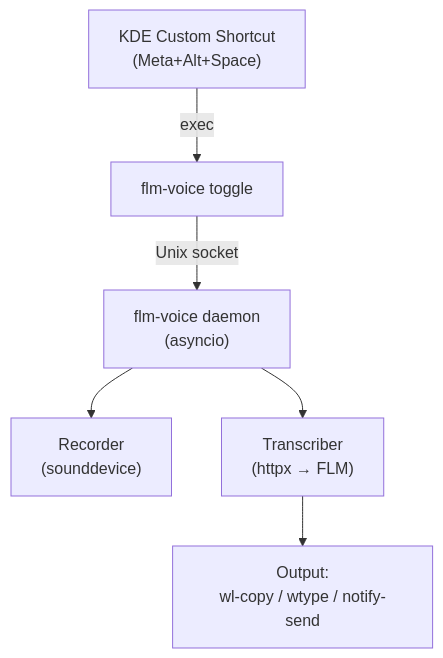
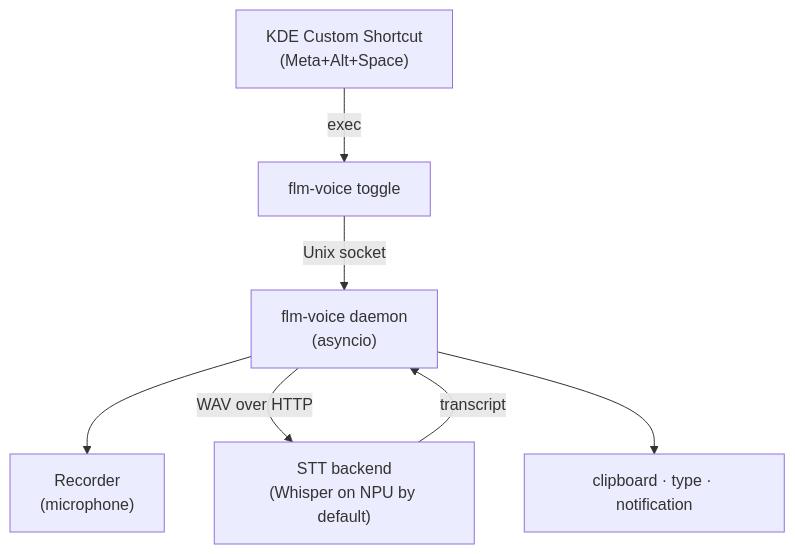
One commit to vlad4run/wayscribe changed the diagram in README.md. Above: the diagram before and after it, drawn with Mermaid. The commit also changed other lines of this file and 6 other files, not shown here.

````diff
--- a/README.md
+++ b/README.md
@@ -105,8 +21,9 @@
 ```mermaid
 flowchart TD
     KDE["KDE Custom Shortcut<br/>(Meta+Alt+Space)"] -->|exec| Toggle["flm-voice toggle"]
     Toggle -->|Unix socket| Daemon["flm-voice daemon<br/>(asyncio)"]
-    Daemon --> Recorder["Recorder<br/>(sounddevice)"]
-    Daemon --> Transcriber["Transcriber<br/>(httpx → FLM)"]
-    Transcriber --> Output["Output:<br/>wl-copy / wtype / notify-send"]
+    Daemon --> Recorder["Recorder<br/>(microphone)"]
+    Daemon -->|WAV over HTTP| Backend["STT backend<br/>(Whisper on NPU by default)"]
+    Backend -->|transcript| Daemon
+    Daemon --> Output["clipboard · type · notification"]
 ```
````
